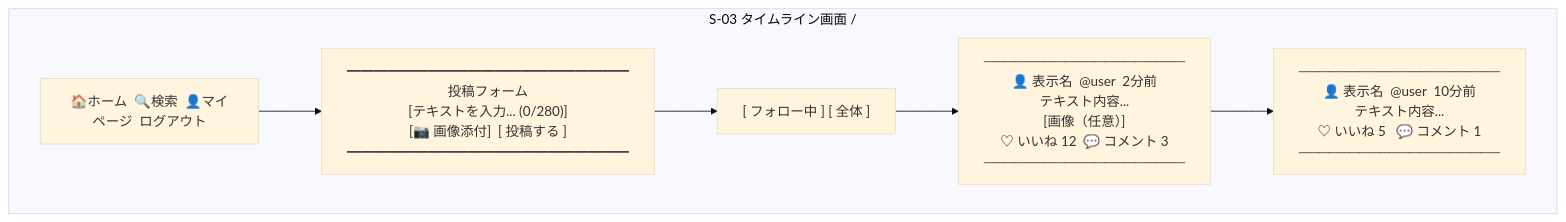
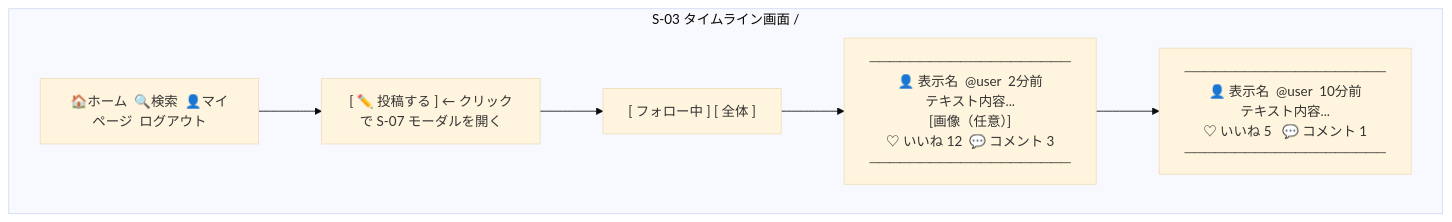
The third of 11 diagrams in docs/details/wireframes.md (yamamotonaoki3/RaiseTimeLine), drawn with Mermaid (base theme) before and after one commit. The commit also changed other lines of this file and 7 other files, not shown here.

````diff
--- a/docs/details/wireframes.md
+++ b/docs/details/wireframes.md
@@ -42,11 +42,11 @@
 ```mermaid
 flowchart TB
     subgraph S03["S-03 タイムライン画面 /"]
         Nav["🏠ホーム  🔍検索  👤マイページ  ログアウト"]
-        PostForm["━━━━━━━━━━━━━━━━━━━━━\n投稿フォーム\n[テキストを入力... (0/280)]\n[📷 画像添付]  [ 投稿する ]\n━━━━━━━━━━━━━━━━━━━━━"]
+        PostBtn["[ ✏️ 投稿する ] ← クリックで S-07 モーダルを開く"]
         Tabs["[ フォロー中 ]  [ 全体 ]"]
         Card1["────────────────────\n👤 表示名  @user  2分前\nテキスト内容...\n[画像（任意）]\n♡ いいね 12  💬 コメント 3\n────────────────────"]
         Card2["────────────────────\n👤 表示名  @user  10分前\nテキスト内容...\n♡ いいね 5   💬 コメント 1\n────────────────────"]
-        Nav --> PostForm --> Tabs --> Card1 --> Card2
+        Nav --> PostBtn --> Tabs --> Card1 --> Card2
     end
 ```
````
